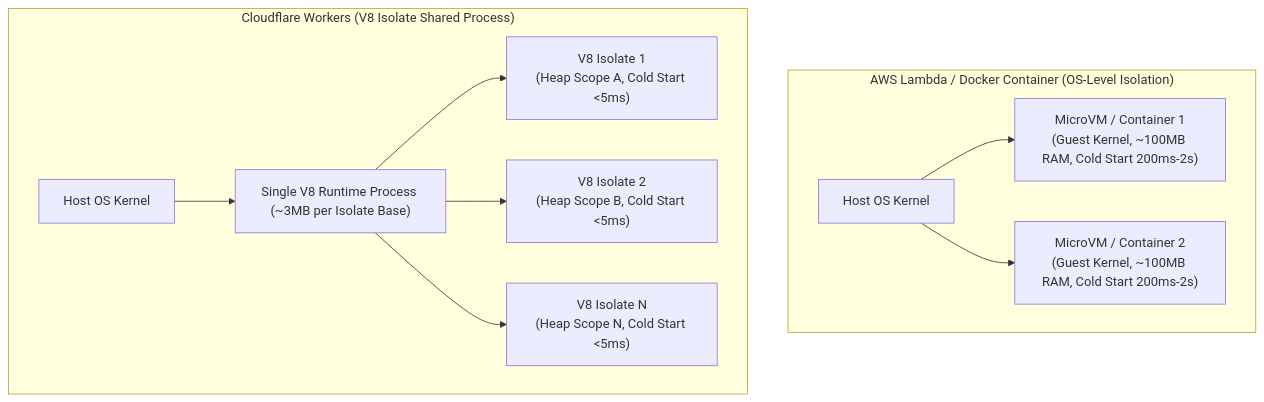
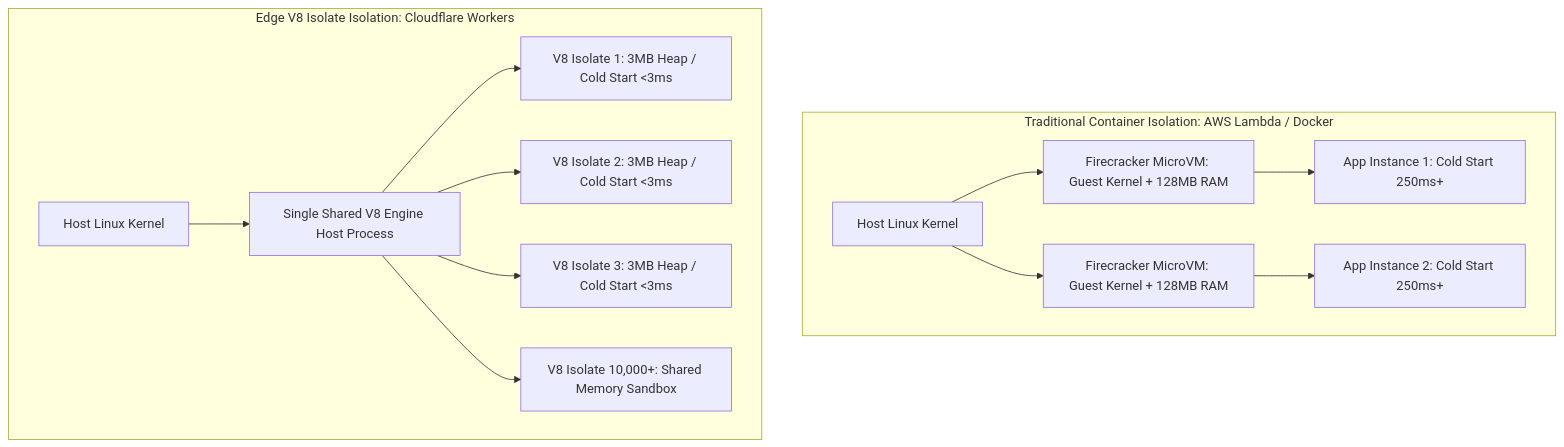
Before and after one commit to vesviet/vesviet: the first of 3 diagrams in content/series/cornerstone-technologies/cloudflare-workers-edge-computing.md, drawn with Mermaid. The commit also changed other lines of this file and 82 other files, not shown here.

````diff
--- a/content/series/cornerstone-technologies/cloudflare-workers-edge-computing.md
+++ b/content/series/cornerstone-technologies/cloudflare-workers-edge-computing.md
@@ -42,14 +38,19 @@
 ```mermaid
 graph TD
-    subgraph Container_Model ["AWS Lambda / Docker Container (OS-Level Isolation)"]
-        OS1["Host OS Kernel"] --> VM1["MicroVM / Container 1\n(Guest Kernel, ~100MB RAM, Cold Start 200ms-2s)"]
-        OS1 --> VM2["MicroVM / Container 2\n(Guest Kernel, ~100MB RAM, Cold Start 200ms-2s)"]
+    subgraph Traditional Container Isolation: AWS Lambda / Docker
+        HostOS1[Host Linux Kernel]
+        HostOS1 --> MicroVM1[Firecracker MicroVM: Guest Kernel + 128MB RAM]
+        HostOS1 --> MicroVM2[Firecracker MicroVM: Guest Kernel + 128MB RAM]
+        MicroVM1 --> App1[App Instance 1: Cold Start 250ms+]
+        MicroVM2 --> App2[App Instance 2: Cold Start 250ms+]
     end
 
-    subgraph Isolate_Model ["Cloudflare Workers (V8 Isolate Shared Process)"]
-        OS2["Host OS Kernel"] --> V8Proc["Single V8 Runtime Process (~3MB per Isolate Base)"]
-        V8Proc --> Iso1["V8 Isolate 1\n(Heap Scope A, Cold Start <5ms)"]
-        V8Proc --> Iso2["V8 Isolate 2\n(Heap Scope B, Cold Start <5ms)"]
-        V8Proc --> Iso3["V8 Isolate N\n(Heap Scope N, Cold Start <5ms)"]
+    subgraph Edge V8 Isolate Isolation: Cloudflare Workers
+        HostOS2[Host Linux Kernel]
+        HostOS2 --> V8Process[Single Shared V8 Engine Host Process]
+        V8Process --> Isolate1[V8 Isolate 1: 3MB Heap / Cold Start <3ms]
+        V8Process --> Isolate2[V8 Isolate 2: 3MB Heap / Cold Start <3ms]
+        V8Process --> Isolate3[V8 Isolate 3: 3MB Heap / Cold Start <3ms]
+        V8Process --> IsolateN[V8 Isolate 10,000+: Shared Memory Sandbox]
     end
 ```
````
